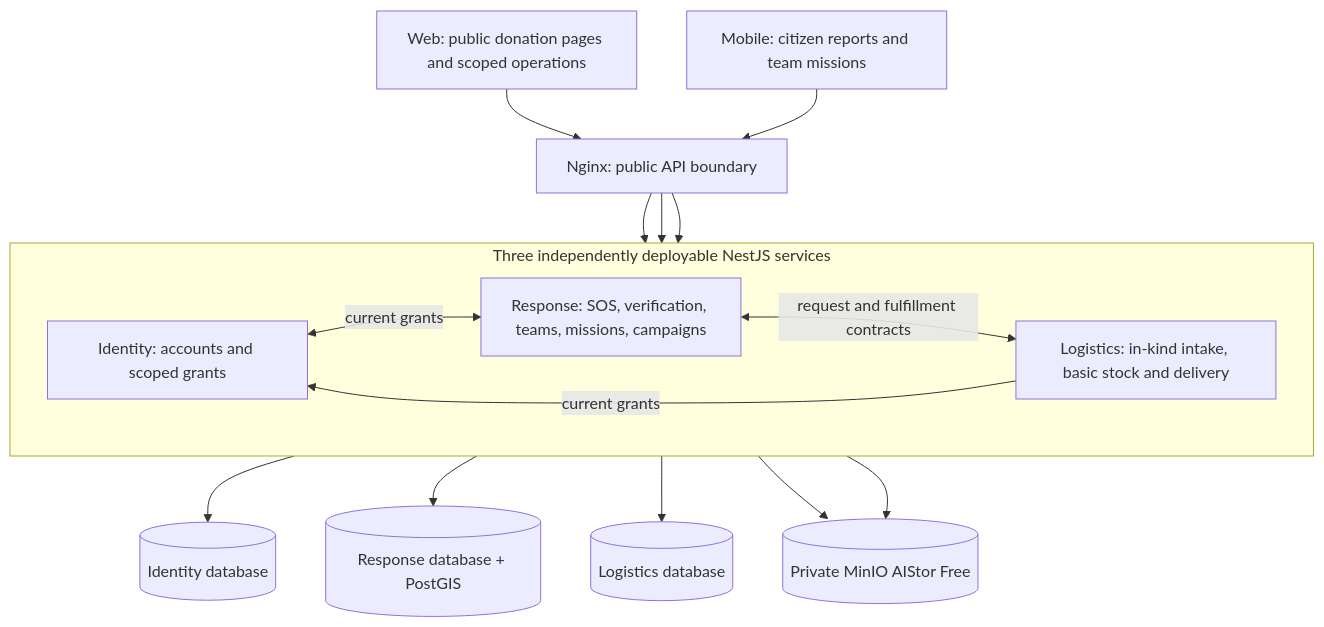
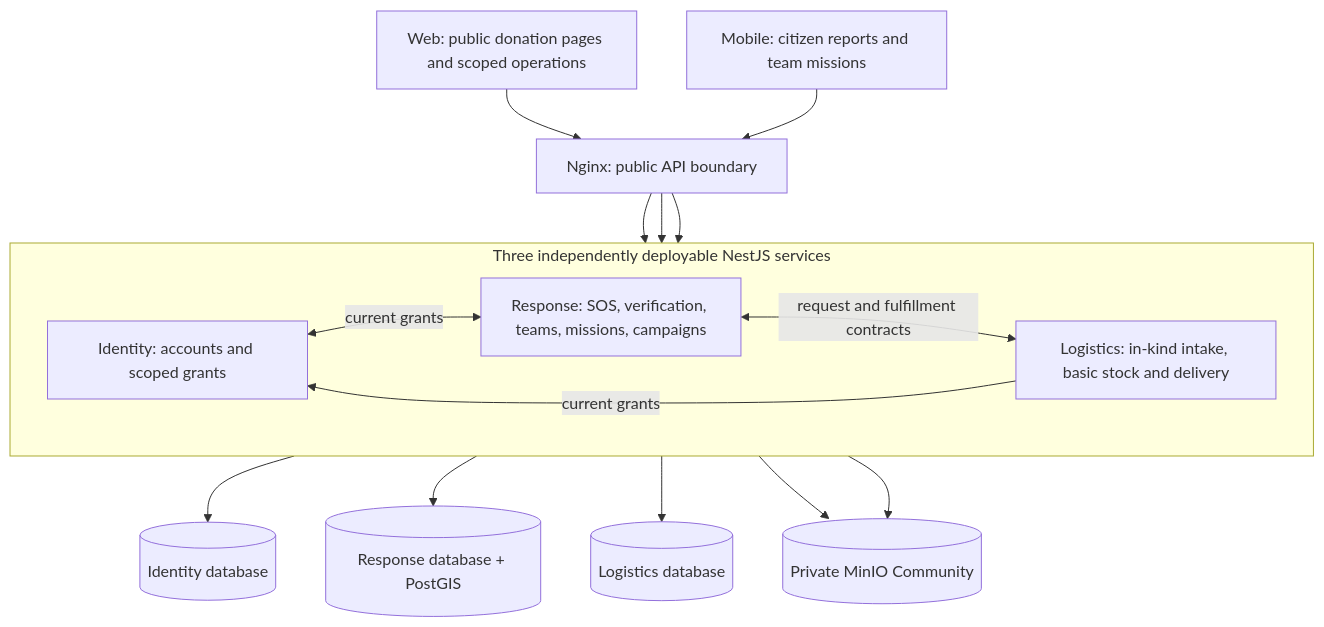
One commit to sangvirgo/disaster-relief-management changed the first of 9 diagrams in docs/c48-technology-and-delivery-plan.md. Above: the diagram before and after it, drawn with Mermaid. The commit also changed other lines of this file and 62 other files, not shown here.

````diff
--- a/docs/c48-technology-and-delivery-plan.md
+++ b/docs/c48-technology-and-delivery-plan.md
@@ -204,29 +206,29 @@
 ```mermaid
 flowchart TB
   Web[Web: public donation pages and scoped operations]
   Mobile[Mobile: citizen reports and team missions]
   Proxy[Nginx: public API boundary]
   subgraph Applications[Three independently deployable NestJS services]
     direction LR
     Identity[Identity: accounts and scoped grants]
     Response[Response: SOS, verification, teams, missions, campaigns]
     Logistics[Logistics: in-kind intake, basic stock and delivery]
     Identity <-->|current grants| Response
     Response <-->|request and fulfillment contracts| Logistics
     Logistics -->|current grants| Identity
   end
   IDB[(Identity database)]
   RDB[(Response database + PostGIS)]
   LDB[(Logistics database)]
-  Files[(Private MinIO AIStor Free)]
+  Files[(Private MinIO Community)]
   Web --> Proxy
   Mobile --> Proxy
   Proxy --> Identity
   Proxy --> Response
   Proxy --> Logistics
   Identity --> IDB
   Response --> RDB
   Logistics --> LDB
   Response --> Files
   Logistics --> Files
 ```
````
